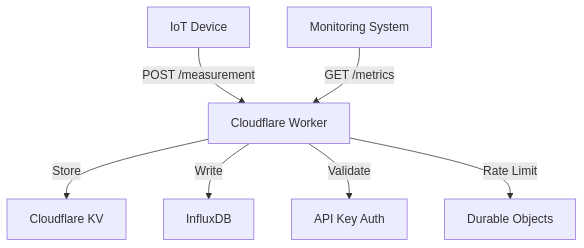
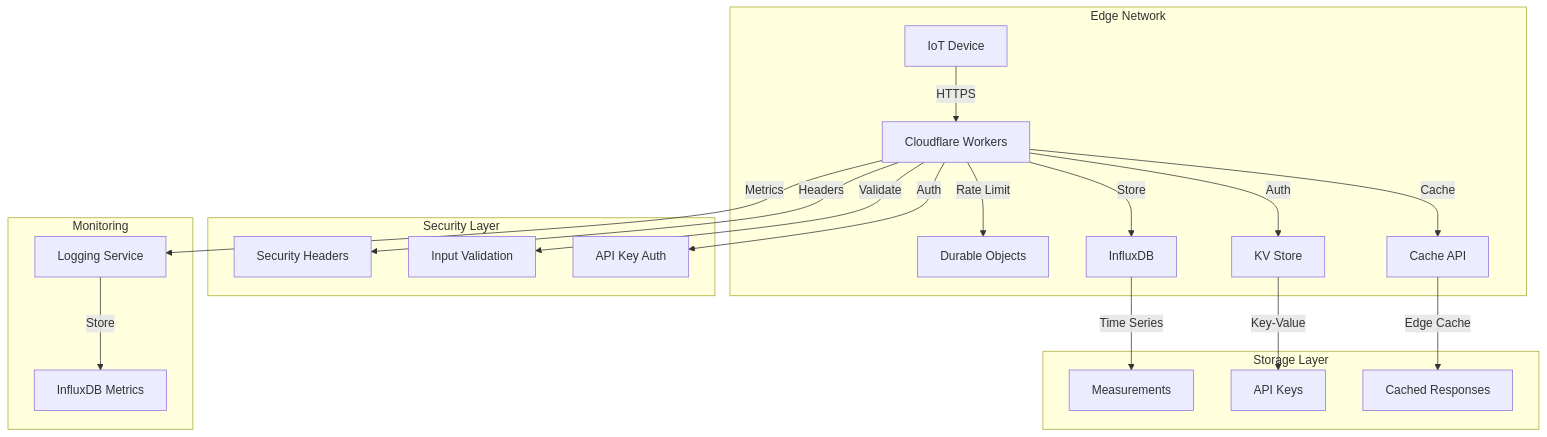
The first of 5 diagrams in docs/architecture.md (veilands/cf-learn), drawn with Mermaid before and after one commit. The commit also changed other lines of this file and 39 other files, not shown here.

First line of the commit message:
docs: update API documentation with cache management endpoints

````diff
--- a/docs/architecture.md
+++ b/docs/architecture.md
@@ -5,9 +7,27 @@
 ```mermaid
 graph TD
-    Device[IoT Device] -->|POST /measurement| Worker[Cloudflare Worker]
-    Monitor[Monitoring System] -->|GET /metrics| Worker
-    Worker -->|Store| KV[Cloudflare KV]
-    Worker -->|Write| InfluxDB[InfluxDB]
-    Worker -->|Validate| Auth[API Key Auth]
-    Worker -->|Rate Limit| RateLimit[Durable Objects]
+    subgraph "Edge Network"
+        A[IoT Device] -->|HTTPS| B[Cloudflare Workers]
+        B -->|Rate Limit| C[Durable Objects]
+        B -->|Cache| D[Cache API]
+        B -->|Store| E[InfluxDB]
+        B -->|Auth| F[KV Store]
+    end
+
+    subgraph "Security Layer"
+        B -->|Headers| G[Security Headers]
+        B -->|Validate| H[Input Validation]
+        B -->|Auth| I[API Key Auth]
+    end
+
+    subgraph "Storage Layer"
+        E -->|Time Series| J[Measurements]
+        F -->|Key-Value| K[API Keys]
+        D -->|Edge Cache| L[Cached Responses]
+    end
+
+    subgraph "Monitoring"
+        B -->|Metrics| M[Logging Service]
+        M -->|Store| N[InfluxDB Metrics]
+    end
 ```
````
